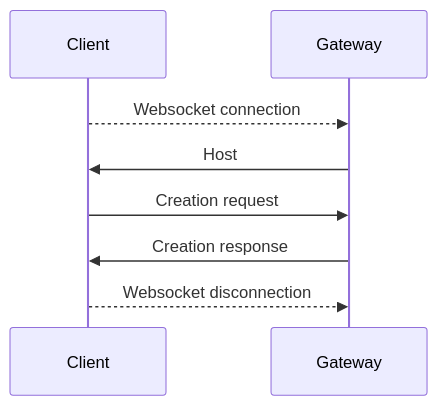
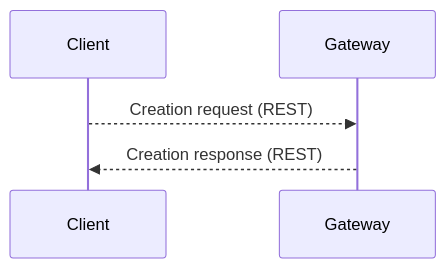
The fourth of 9 diagrams in documentation/Protocol.md (ErFer7/WebChat), drawn with Mermaid before and after one commit. The commit also changed other lines of this file and 1 other file, not shown here.

````diff
--- a/documentation/Protocol.md
+++ b/documentation/Protocol.md
@@ -334,8 +331,5 @@
 ```mermaid
 sequenceDiagram
-  Client -->> Gateway: Websocket connection
-  Gateway ->> Client: Host
-  Client ->> Gateway: Creation request
-  Gateway ->> Client: Creation response
-  Client -->> Gateway: Websocket disconnection
+  Client -->> Gateway: Creation request (REST)
+  Gateway -->> Client: Creation response (REST)
 ```
````
